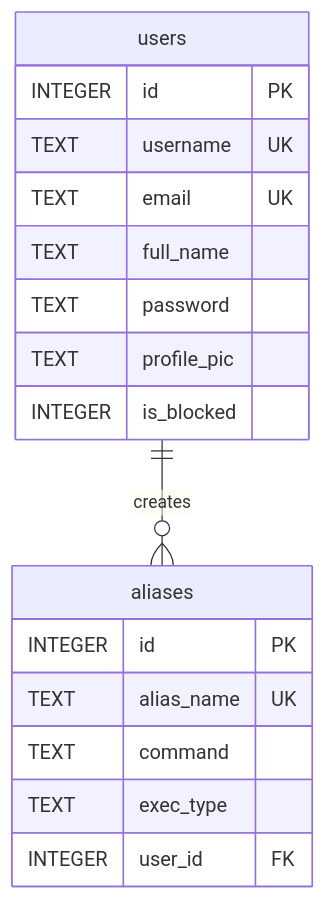
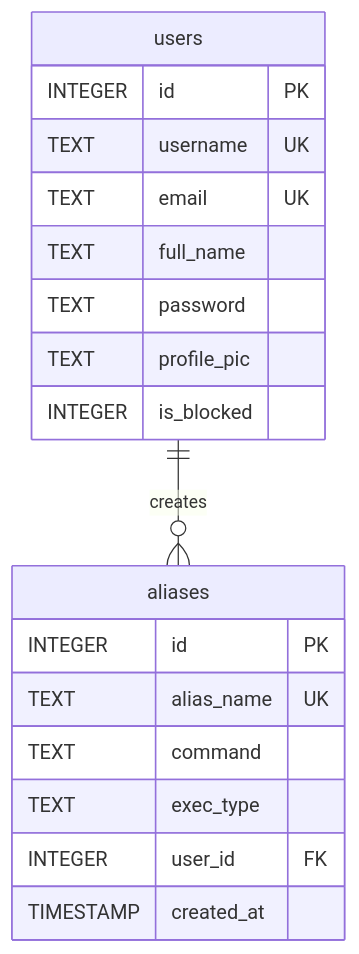
The diagram in docs/server/database.md (rkriad585/NeoArc), drawn with Mermaid before and after one commit. The commit also changed other lines of this file and 64 other files, not shown here.

````diff
--- a/docs/server/database.md
+++ b/docs/server/database.md
@@ -62,22 +57,23 @@
 ```mermaid
 erDiagram
     users {
         INTEGER id PK
         TEXT username UK
         TEXT email UK
         TEXT full_name
         TEXT password
         TEXT profile_pic
         INTEGER is_blocked
     }
 
     aliases {
         INTEGER id PK
         TEXT alias_name UK
         TEXT command
         TEXT exec_type
         INTEGER user_id FK
+        TIMESTAMP created_at
     }
 
     users ||--o{ aliases : "creates"
 ```
````
